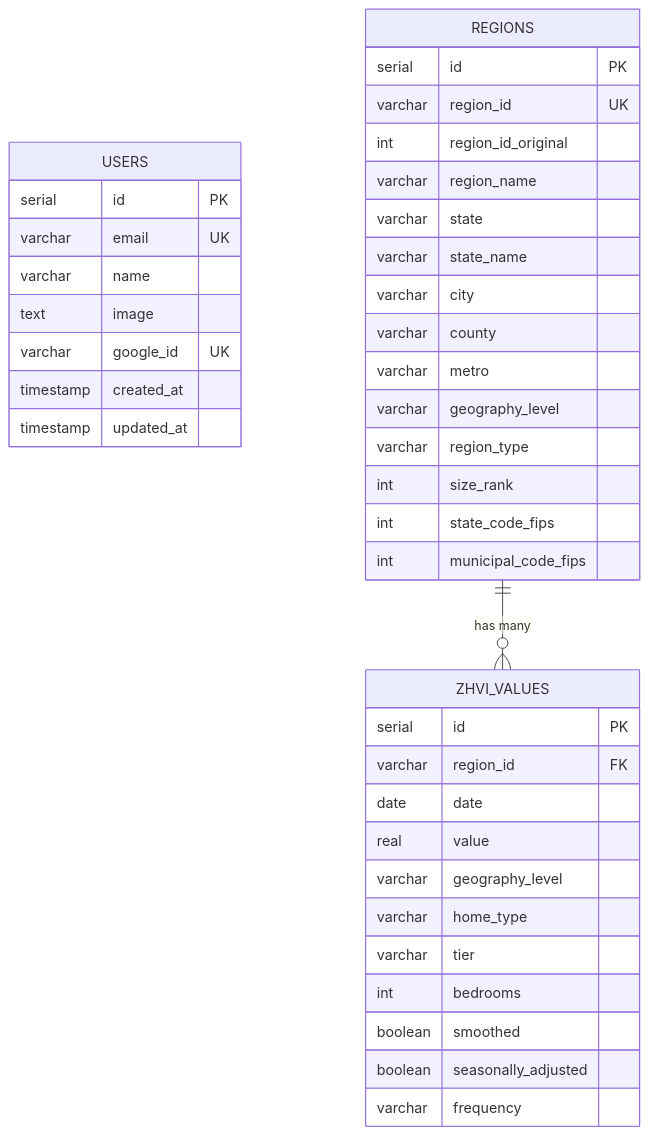
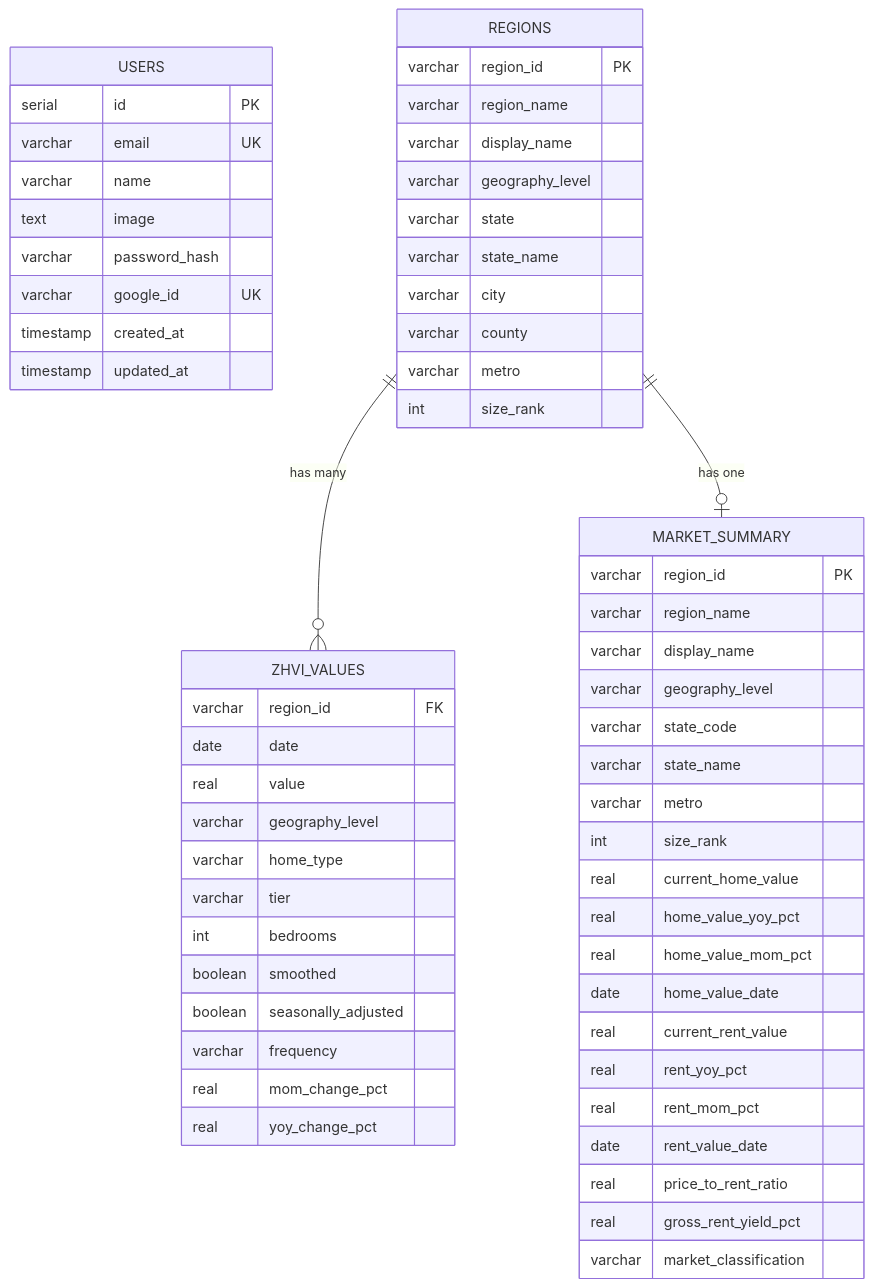
One commit to HousingIQ/housingiq-app changed the diagram in docs/03-database-schema.md. Above: the diagram before and after it, drawn with Mermaid. The commit also changed other lines of this file and 13 other files, not shown here.

````diff
--- a/docs/03-database-schema.md
+++ b/docs/03-database-schema.md
@@ -9,45 +11,66 @@
 ```mermaid
 erDiagram
     USERS {
         serial id PK
         varchar email UK
         varchar name
         text image
+        varchar password_hash
         varchar google_id UK
         timestamp created_at
         timestamp updated_at
     }
 
     REGIONS {
-        serial id PK
-        varchar region_id UK
-        int region_id_original
+        varchar region_id PK
         varchar region_name
+        varchar display_name
+        varchar geography_level
         varchar state
         varchar state_name
         varchar city
         varchar county
         varchar metro
-        varchar geography_level
-        varchar region_type
         int size_rank
-        int state_code_fips
-        int municipal_code_fips
     }
 
     ZHVI_VALUES {
-        serial id PK
         varchar region_id FK
         date date
         real value
         varchar geography_level
         varchar home_type
         varchar tier
         int bedrooms
         boolean smoothed
         boolean seasonally_adjusted
         varchar frequency
+        real mom_change_pct
+        real yoy_change_pct
+    }
+
+    MARKET_SUMMARY {
+        varchar region_id PK
+        varchar region_name
+        varchar display_name
+        varchar geography_level
+        varchar state_code
+        varchar state_name
+        varchar metro
+        int size_rank
+        real current_home_value
+        real home_value_yoy_pct
+        real home_value_mom_pct
+        date home_value_date
+        real current_rent_value
+        real rent_yoy_pct
+        real rent_mom_pct
+        date rent_value_date
+        real price_to_rent_ratio
+        real gross_rent_yield_pct
+        varchar market_classification
     }
 
     REGIONS ||--o{ ZHVI_VALUES : "has many"
+    REGIONS ||--o| MARKET_SUMMARY : "has one"
 ```
````
